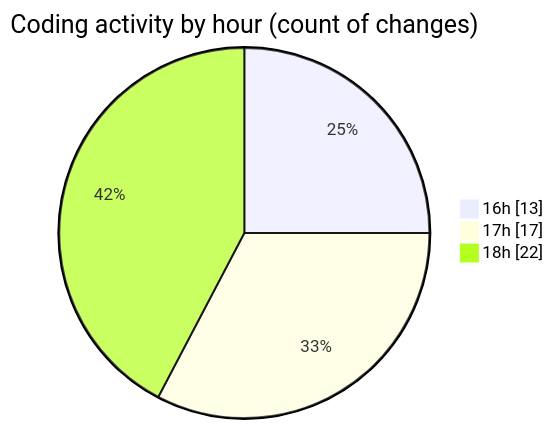
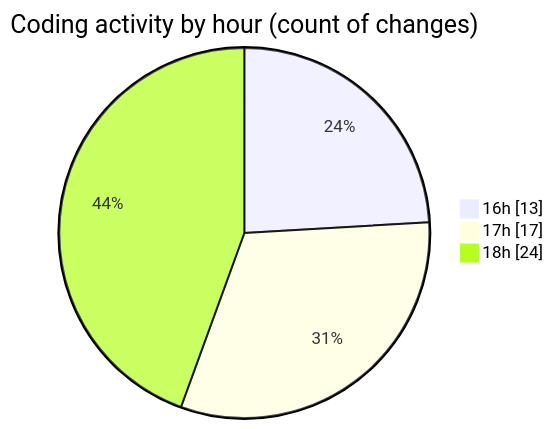
The second of 2 diagrams in 2025-05-28/studio-backend/README.md (idhammustaqopulfikri/code-tracking), drawn with Mermaid before and after one commit. The commit also changed other lines of this file and 1 other file, not shown here.

````diff
--- a/2025-05-28/studio-backend/README.md
+++ b/2025-05-28/studio-backend/README.md
@@ -45,7 +45,7 @@
 ```mermaid
 pie showData
 title Coding activity by hour (count of changes)
 "16h" : 13
 "17h" : 17
-"18h" : 22
+"18h" : 24
 ```
````
